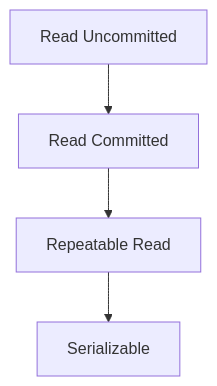
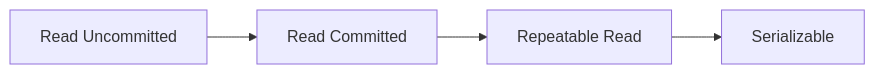
Before and after one commit to hareramcse/SystemDesign: the seventh of 24 diagrams in 02-databases/README.md, drawn with Mermaid. The commit also changed other lines of this file and 14 other files, not shown here.

````diff
--- a/02-databases/README.md
+++ b/02-databases/README.md
@@ -2201,8 +724,6 @@
 ```mermaid
-flowchart TB
-  RU[Read Uncommitted]
-  RC[Read Committed]
-  RR[Repeatable Read]
-  SER[Serializable]
-  RU --> RC --> RR --> SER
+flowchart LR
+    RU[Read Uncommitted] --> RC[Read Committed]
+    RC --> RR[Repeatable Read]
+    RR --> SER[Serializable]
 ```
````
